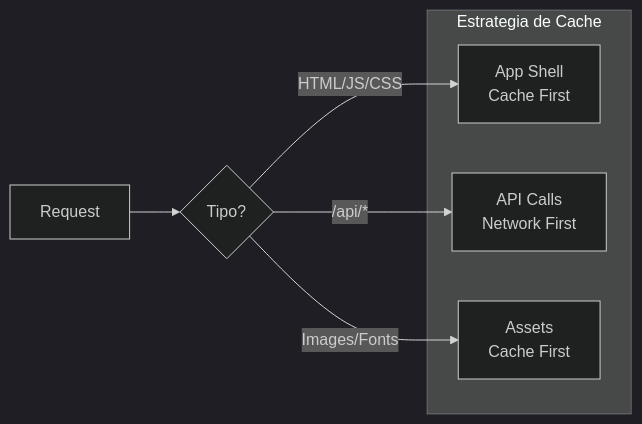
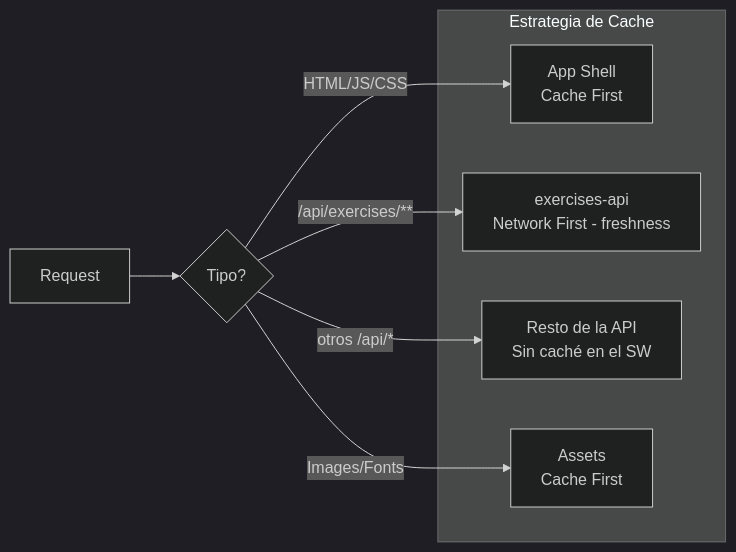
The ninth of 11 diagrams in docs/ARCHITECTURE.md (fedebracesco1990/fitflow), drawn with Mermaid (dark theme) before and after one commit. The commit also changed other lines of this file and 26 other files, not shown here.

````diff
--- a/docs/ARCHITECTURE.md
+++ b/docs/ARCHITECTURE.md
@@ -659,13 +662,15 @@
 ```mermaid
 graph LR
     subgraph Cache["Estrategia de Cache"]
         AppShell[App Shell<br/>Cache First]
-        API[API Calls<br/>Network First]
+        Exercises[exercises-api<br/>Network First - freshness]
+        API[Resto de la API<br/>Sin caché en el SW]
         Assets[Assets<br/>Cache First]
     end
 
     Request[Request] --> Decision{Tipo?}
     Decision -->|HTML/JS/CSS| AppShell
-    Decision -->|/api/*| API
+    Decision -->|/api/exercises/**| Exercises
+    Decision -->|otros /api/*| API
     Decision -->|Images/Fonts| Assets
 ```
````
